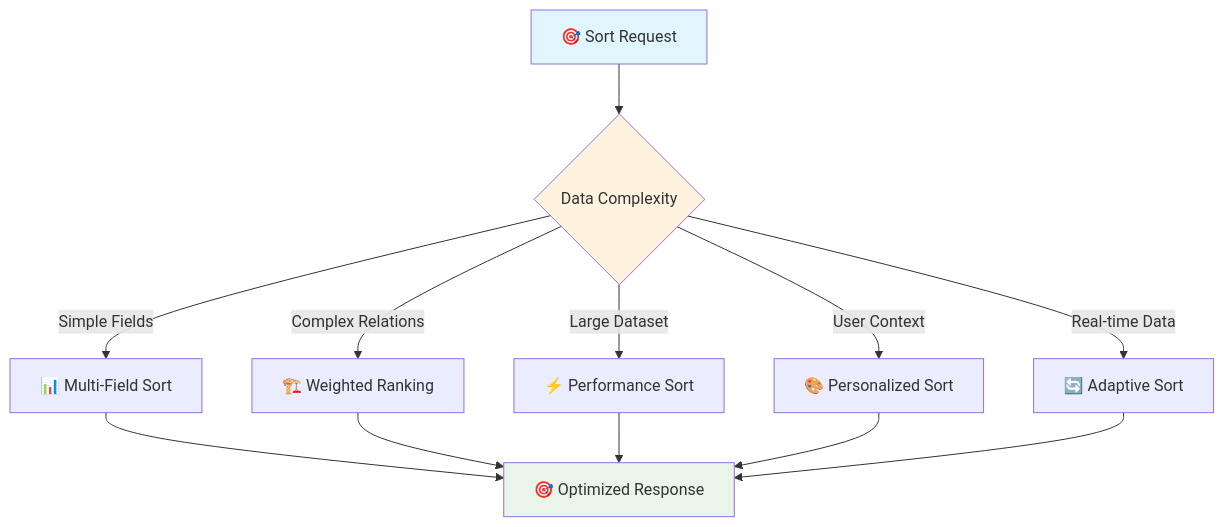
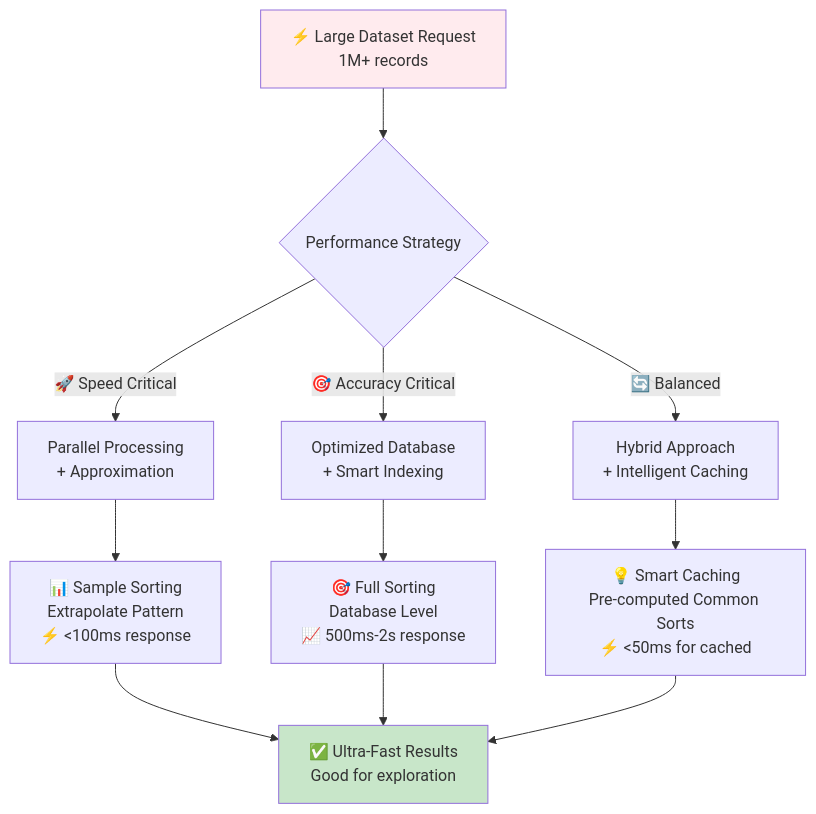
The fifth of 5 diagrams in app/docs/03_intermediate/03-sorting-ordering/page.mdx (ridwanspace/restful-fastapi-guideline), drawn with Mermaid before and after one commit. The commit also changed other lines of this file and 1 other file, not shown here.

First line of the commit message:
📝 docs(sorting): enhance sorting documentation with smart sorting strategies

````diff
--- a/app/docs/03_intermediate/03-sorting-ordering/page.mdx
+++ b/app/docs/03_intermediate/03-sorting-ordering/page.mdx
@@ -14,19 +814,19 @@
 ```mermaid
 graph TD
-    A[🎯 Sort Request] --> B{Data Complexity}
-    B -->|Simple Fields| C[📊 Multi-Field Sort]
-    B -->|Complex Relations| D[🏗️ Weighted Ranking]
-    B -->|Large Dataset| E[⚡ Performance Sort]
-    B -->|User Context| F[🎨 Personalized Sort]
-    B -->|Real-time Data| G[🔄 Adaptive Sort]
+    A[⚡ Large Dataset Request<br/>1M+ records] --> B{Performance Strategy}
     
-    C --> H[🎯 Optimized Response]
-    D --> H
-    E --> H
-    F --> H  
-    G --> H
+    B -->|🚀 Speed Critical| C[Parallel Processing<br/>+ Approximation]
+    B -->|🎯 Accuracy Critical| D[Optimized Database<br/>+ Smart Indexing]
+    B -->|🔄 Balanced| E[Hybrid Approach<br/>+ Intelligent Caching]
     
-    style A fill:#e1f5fe
-    style B fill:#fff3e0
-    style H fill:#e8f5e8
+    C --> F[📊 Sample Sorting<br/>Extrapolate Pattern<br/>⚡ <100ms response]
+    D --> G[🎯 Full Sorting<br/>Database Level<br/>📈 500ms-2s response]
+    E --> H[💡 Smart Caching<br/>Pre-computed Common Sorts<br/>⚡ <50ms for cached]
+    
+    F --> I[✅ Ultra-Fast Results<br/>Good for exploration]
+    G --> I 
+    H --> I
+    
+    style A fill:#ffebee
+    style I fill:#c8e6c9
 ```
````
